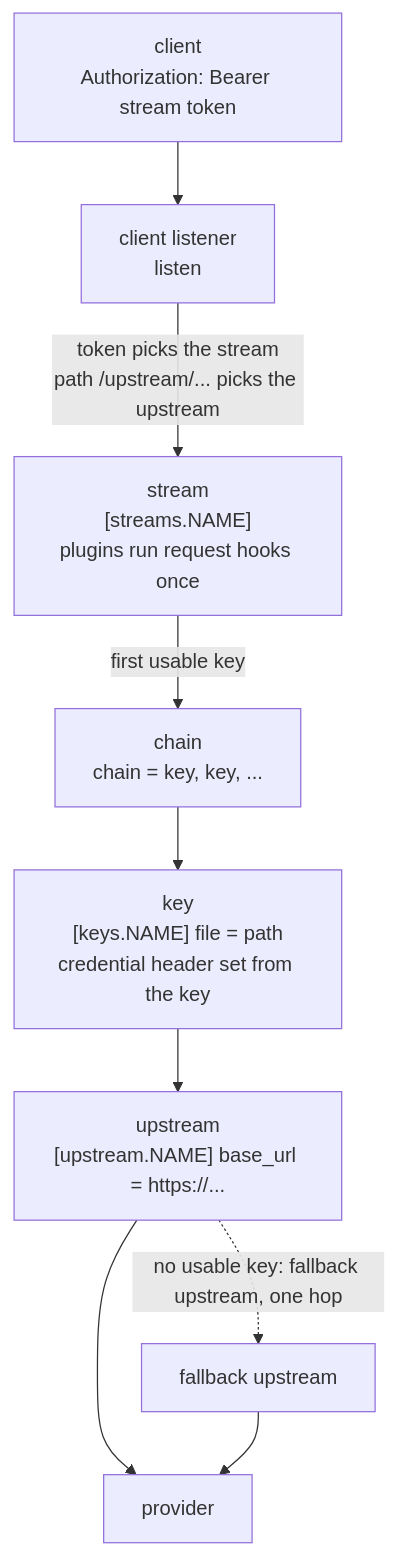
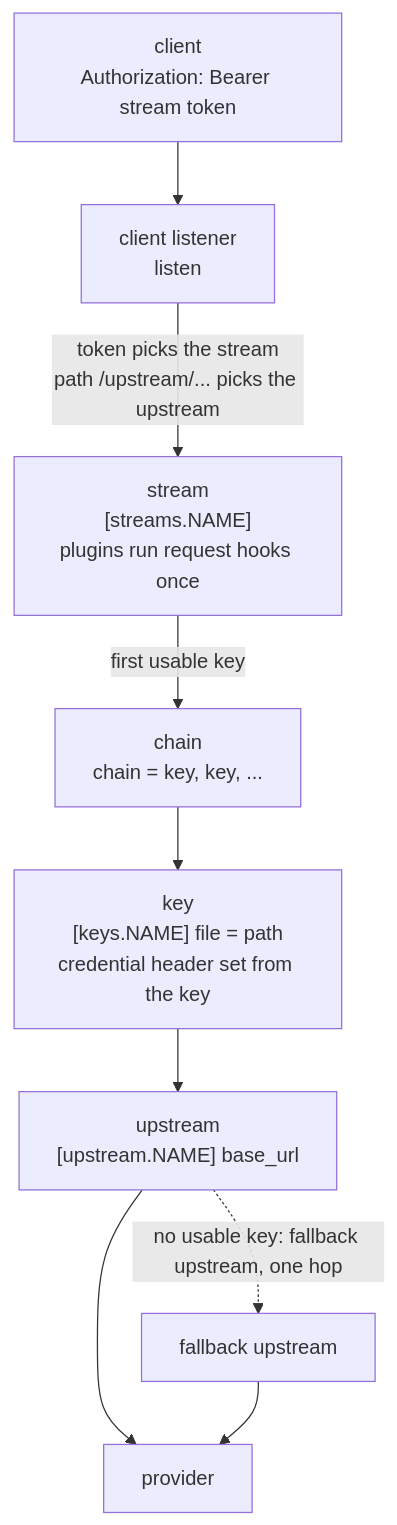
The second of 2 diagrams in docs/overview.md (ddproxy/reiki), drawn with Mermaid before and after one commit. The commit also changed other lines of this file and 54 other files, not shown here.

````diff
--- a/docs/overview.md
+++ b/docs/overview.md
@@ -13,11 +50,11 @@
 ```mermaid
 flowchart TD
     client["client<br/>Authorization: Bearer stream token"] --> listener["client listener<br/>listen"]
     listener -->|"token picks the stream<br/>path /upstream/... picks the upstream"| stream["stream<br/>[streams.NAME]<br/>plugins run request hooks once"]
     stream -->|first usable key| chain["chain<br/>chain = key, key, ..."]
     chain --> key["key<br/>[keys.NAME] file = path<br/>credential header set from the key"]
-    key --> upstream["upstream<br/>[upstream.NAME] base_url = https://..."]
+    key --> upstream["upstream<br/>[upstream.NAME] base_url"]
     upstream --> provider["provider"]
     upstream -.->|"no usable key: fallback upstream, one hop"| fallback["fallback upstream"]
     fallback --> provider
 ```
````
